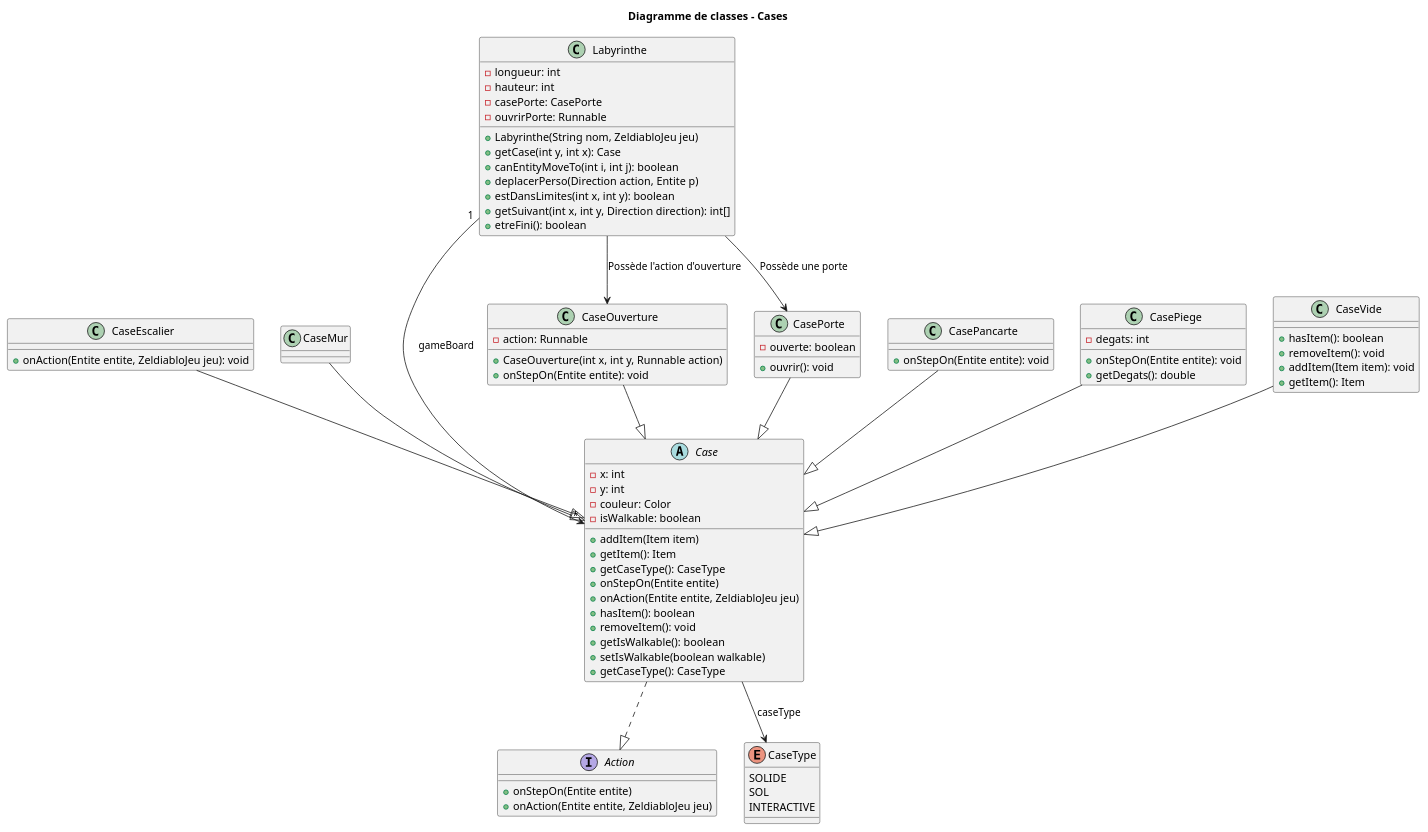
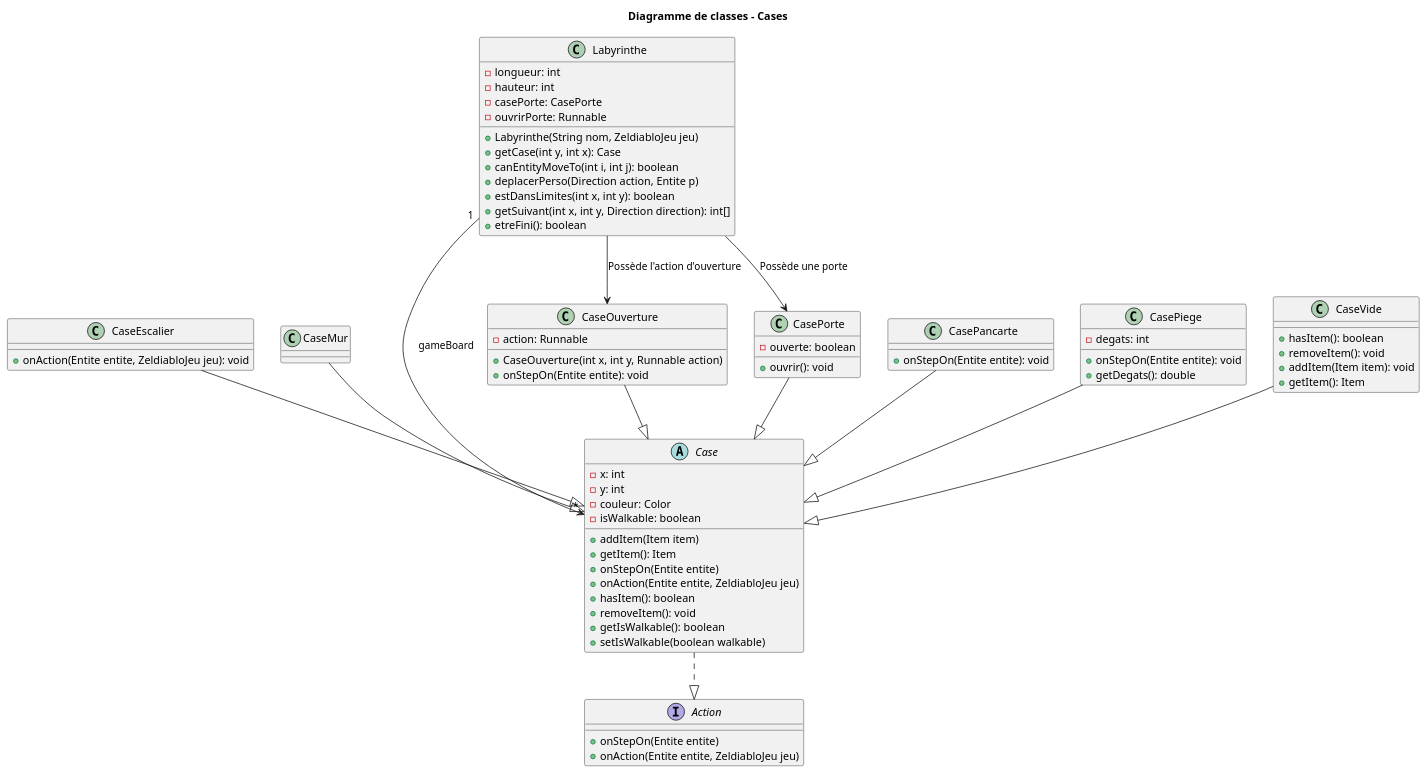
Before and after one commit to zonetecde/BUT_S2_2025_Zeldiablo_e22359u_e82916u_e77582u_e85474u: the diagram in zeldiablo/documents/iteration-4/diagrammes-finaux/Cases.puml, drawn with PlantUML. The commit also changed 10 other files, not shown here.

Commit message:
Enlevement de l'enum CaseType

```diff
--- a/zeldiablo/documents/iteration-4/diagrammes-finaux/Cases.puml
+++ b/zeldiablo/documents/iteration-4/diagrammes-finaux/Cases.puml
@@ -1,95 +1,86 @@
 @startuml
 title Diagramme de classes - Cases
 
 interface Action {
     +onStepOn(Entite entite)
     +onAction(Entite entite, ZeldiabloJeu jeu)
-}
-
-enum CaseType {
-  SOLIDE
-  SOL
-  INTERACTIVE
 }
 
 abstract class Case {
     -x: int
     -y: int
     -couleur: Color 
     -isWalkable: boolean
     +addItem(Item item)
     +getItem(): Item
-    +getCaseType(): CaseType
     +onStepOn(Entite entite)
     +onAction(Entite entite, ZeldiabloJeu jeu)
     +hasItem(): boolean
     +removeItem(): void
     +getIsWalkable(): boolean
     +setIsWalkable(boolean walkable)
-    +getCaseType(): CaseType
 }
 
 class CaseEscalier {
     +onAction(Entite entite, ZeldiabloJeu jeu): void
 }
 
 class CaseMur {
 }
 
 class CaseOuverture {
     -action: Runnable
     +CaseOuverture(int x, int y, Runnable action)
     +onStepOn(Entite entite): void
 }
 
 class CasePancarte {
     +onStepOn(Entite entite): void
 }
 
 class CasePiege {
     -degats: int
     +onStepOn(Entite entite): void
     +getDegats(): double
 }
 
 class CasePorte {
     -ouverte: boolean
     +ouvrir(): void
 }
 
 class CaseVide {
     +hasItem(): boolean
     +removeItem(): void
     +addItem(Item item): void
     +getItem(): Item
 }
 
 class Labyrinthe {
     -longueur: int
     -hauteur: int
     -casePorte: CasePorte
     -ouvrirPorte: Runnable
     +Labyrinthe(String nom, ZeldiabloJeu jeu)
     +getCase(int y, int x): Case
     +canEntityMoveTo(int i, int j): boolean
     +deplacerPerso(Direction action, Entite p)
     +estDansLimites(int x, int y): boolean
     +getSuivant(int x, int y, Direction direction): int[]
     +etreFini(): boolean
 }
 
 Case ..|> Action
 CaseEscalier --|> Case
 CaseMur --|> Case
 CaseOuverture --|> Case
 CasePancarte --|> Case
 CasePiege --|> Case
 CasePorte --|> Case
 CaseVide --|> Case
 
-Case --> CaseType : caseType
 Labyrinthe --> CasePorte : Possède une porte
 Labyrinthe --> CaseOuverture : Possède l'action d'ouverture
 Labyrinthe "1" --> "*" Case : gameBoard
 
 @enduml
```
